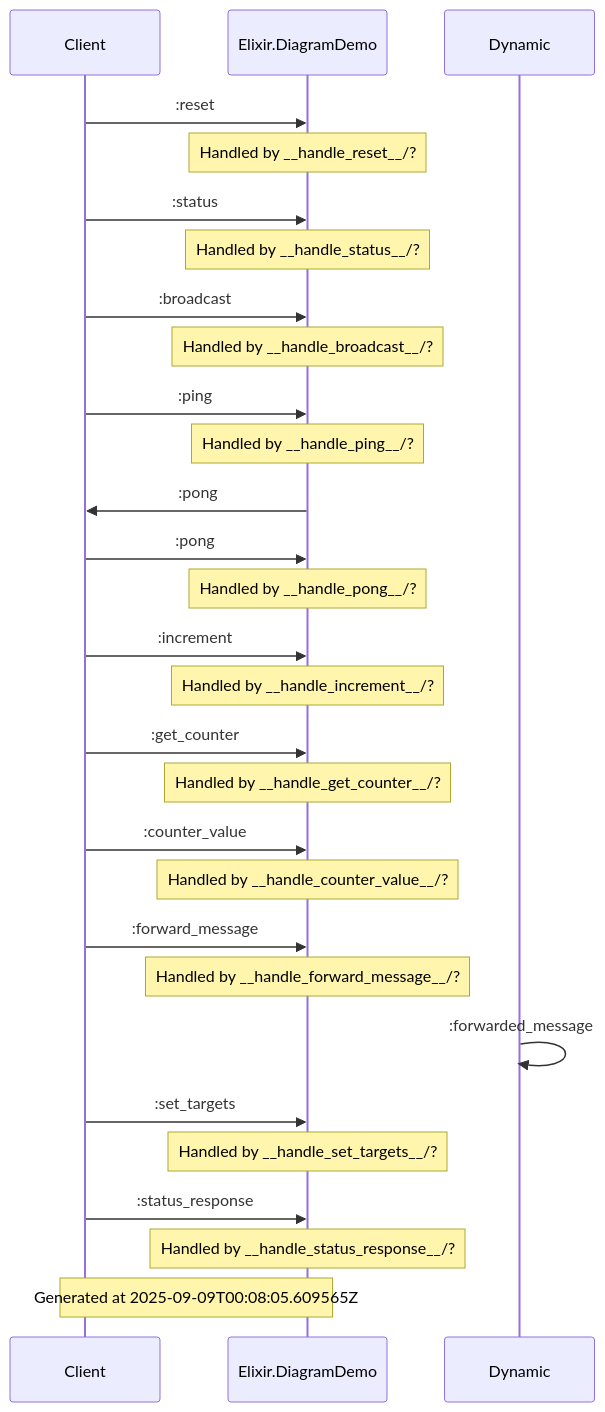
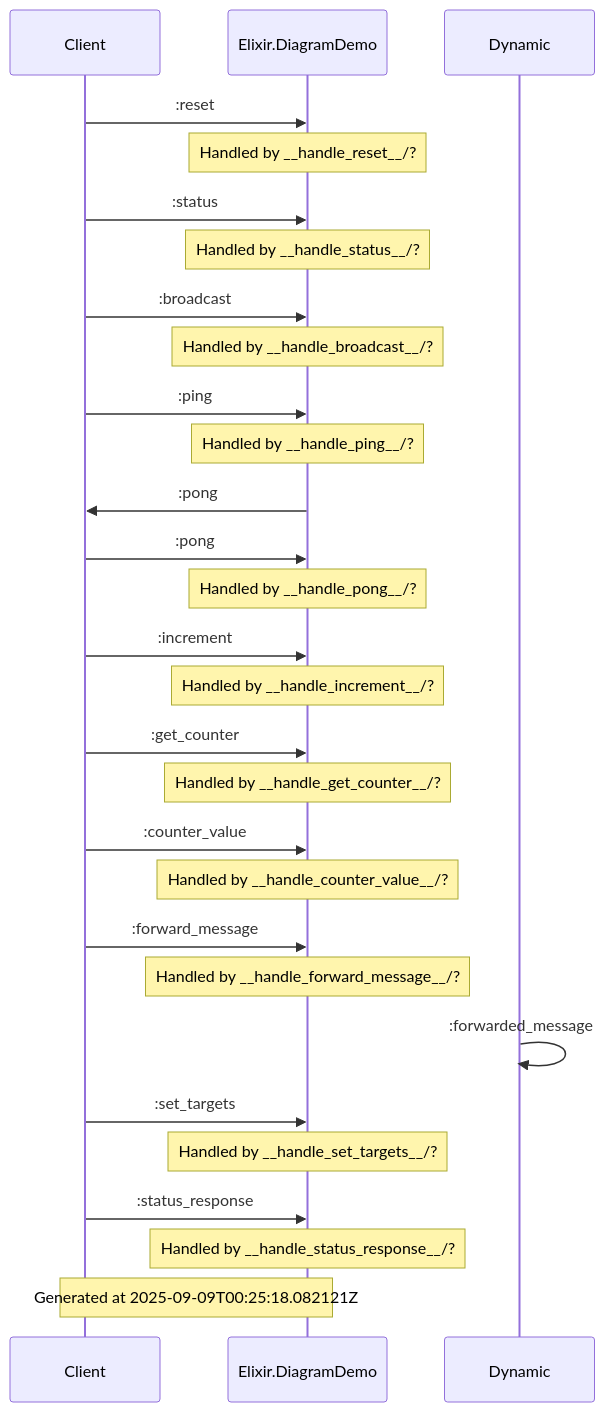
Before and after one commit to anoma/engine: the diagram in docs/diagrams/Elixir.DiagramDemo.md, drawn with Mermaid. The commit also changed other lines of this file and 27 other files, not shown here.

````diff
--- a/docs/diagrams/Elixir.DiagramDemo.md
+++ b/docs/diagrams/Elixir.DiagramDemo.md
@@ -5,32 +5,32 @@
 ```mermaid
 sequenceDiagram
     participant Client
     participant Elixir.Examples.DiagramDemoEngine as Elixir.DiagramDemo
     Client->>Elixir.Examples.DiagramDemoEngine: :reset
     Note over Elixir.Examples.DiagramDemoEngine: Handled by __handle_reset__/?
     Client->>Elixir.Examples.DiagramDemoEngine: :status
     Note over Elixir.Examples.DiagramDemoEngine: Handled by __handle_status__/?
     Client->>Elixir.Examples.DiagramDemoEngine: :broadcast
     Note over Elixir.Examples.DiagramDemoEngine: Handled by __handle_broadcast__/?
     Client->>Elixir.Examples.DiagramDemoEngine: :ping
     Note over Elixir.Examples.DiagramDemoEngine: Handled by __handle_ping__/?
     Elixir.Examples.DiagramDemoEngine->>Client: :pong
     Client->>Elixir.Examples.DiagramDemoEngine: :pong
     Note over Elixir.Examples.DiagramDemoEngine: Handled by __handle_pong__/?
     Client->>Elixir.Examples.DiagramDemoEngine: :increment
     Note over Elixir.Examples.DiagramDemoEngine: Handled by __handle_increment__/?
     Client->>Elixir.Examples.DiagramDemoEngine: :get_counter
     Note over Elixir.Examples.DiagramDemoEngine: Handled by __handle_get_counter__/?
     Client->>Elixir.Examples.DiagramDemoEngine: :counter_value
     Note over Elixir.Examples.DiagramDemoEngine: Handled by __handle_counter_value__/?
     Client->>Elixir.Examples.DiagramDemoEngine: :forward_message
     Note over Elixir.Examples.DiagramDemoEngine: Handled by __handle_forward_message__/?
     Dynamic->>Dynamic: :forwarded_message
     Client->>Elixir.Examples.DiagramDemoEngine: :set_targets
     Note over Elixir.Examples.DiagramDemoEngine: Handled by __handle_set_targets__/?
     Client->>Elixir.Examples.DiagramDemoEngine: :status_response
     Note over Elixir.Examples.DiagramDemoEngine: Handled by __handle_status_response__/?
 
-Note over Client, Elixir.Examples.DiagramDemoEngine: Generated at 2025-09-09T00:08:05.609565Z
+Note over Client, Elixir.Examples.DiagramDemoEngine: Generated at 2025-09-09T00:25:18.082121Z
 
 ```
````
